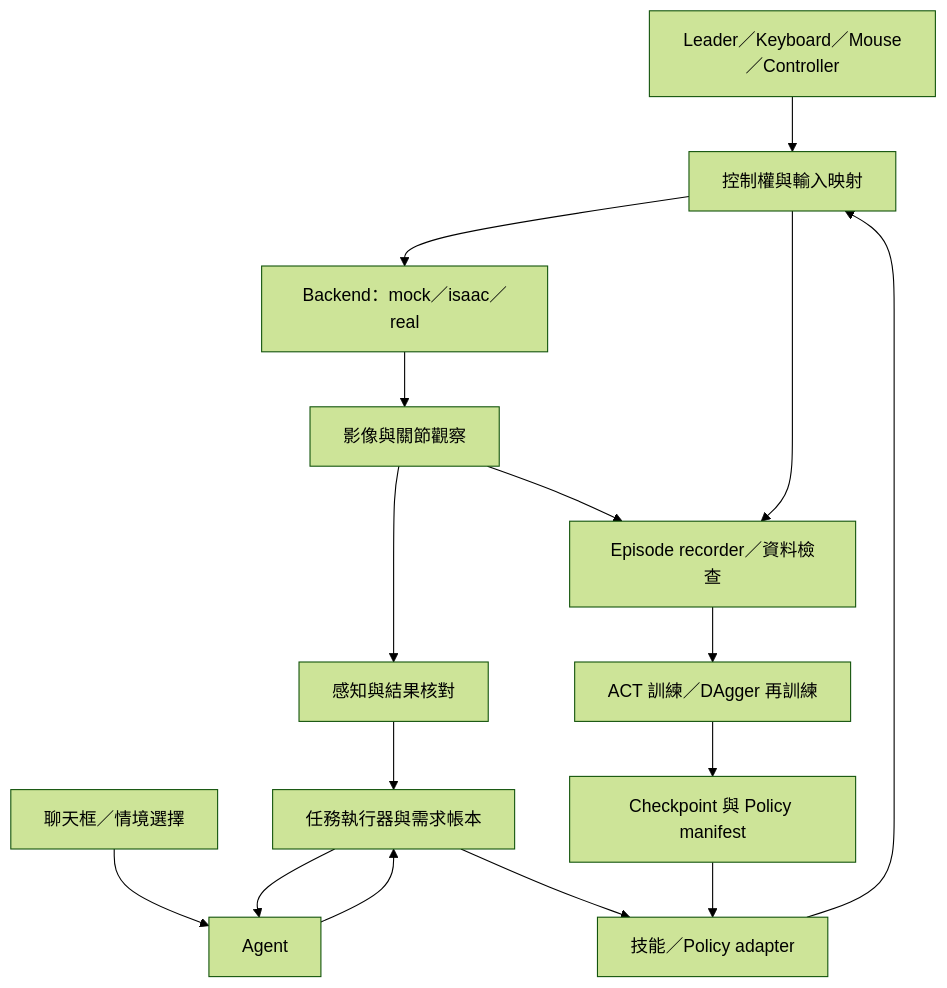
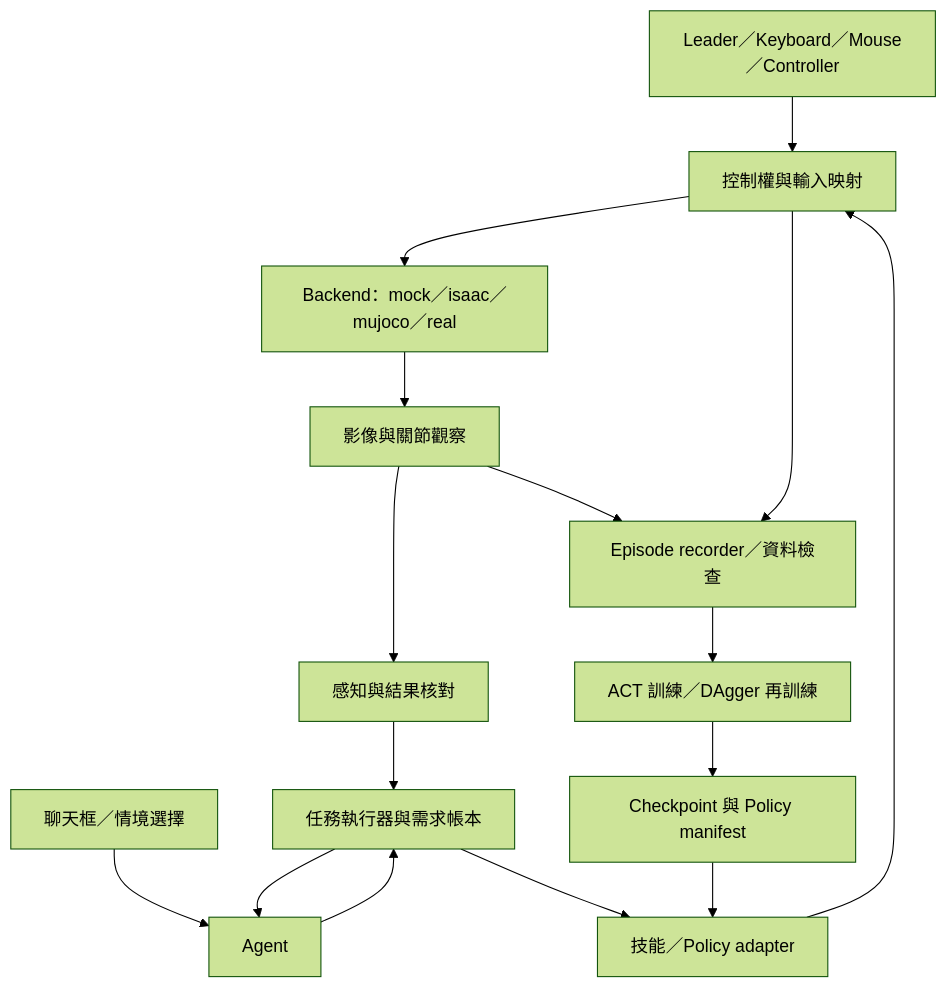
Before and after one commit to jxuan083/agentic-robotic-simulator: the diagram in docs/architecture.md, drawn with Mermaid (forest theme). The commit also changed other lines of this file and 53 other files, not shown here.

````diff
--- a/docs/architecture.md
+++ b/docs/architecture.md
@@ -5,18 +5,18 @@
 ```mermaid
 flowchart TD
     IN[Leader／Keyboard／Mouse／Controller] --> OWN[控制權與輸入映射]
     UI[聊天框／情境選擇] --> AG[Agent]
     AG --> EX[任務執行器與需求帳本]
     EX --> SK[技能／Policy adapter]
     SK --> OWN
-    OWN --> BK[Backend：mock／isaac／real]
+    OWN --> BK[Backend：mock／isaac／mujoco／real]
     BK --> OB[影像與關節觀察]
     OB --> PE[感知與結果核對]
     PE --> EX
     EX --> AG
     OB --> DATA[Episode recorder／資料檢查]
     OWN --> DATA
     DATA --> TRAIN[ACT 訓練／DAgger 再訓練]
     TRAIN --> CK[Checkpoint 與 Policy manifest]
     CK --> SK
 ```
````
